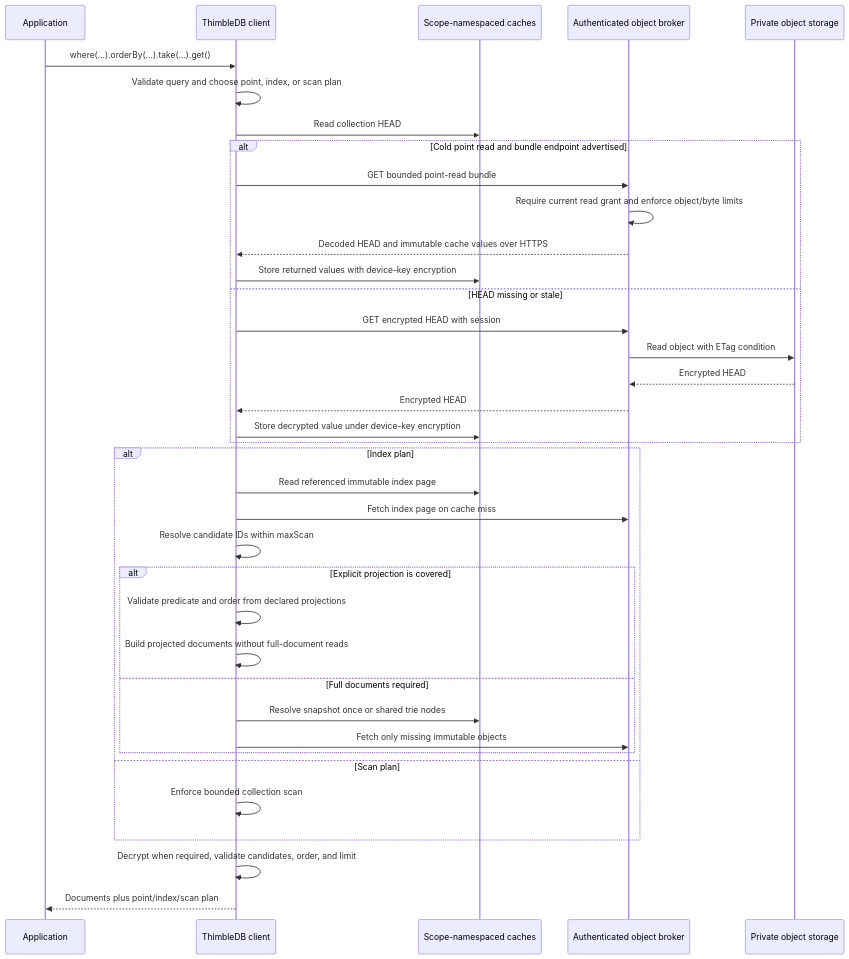
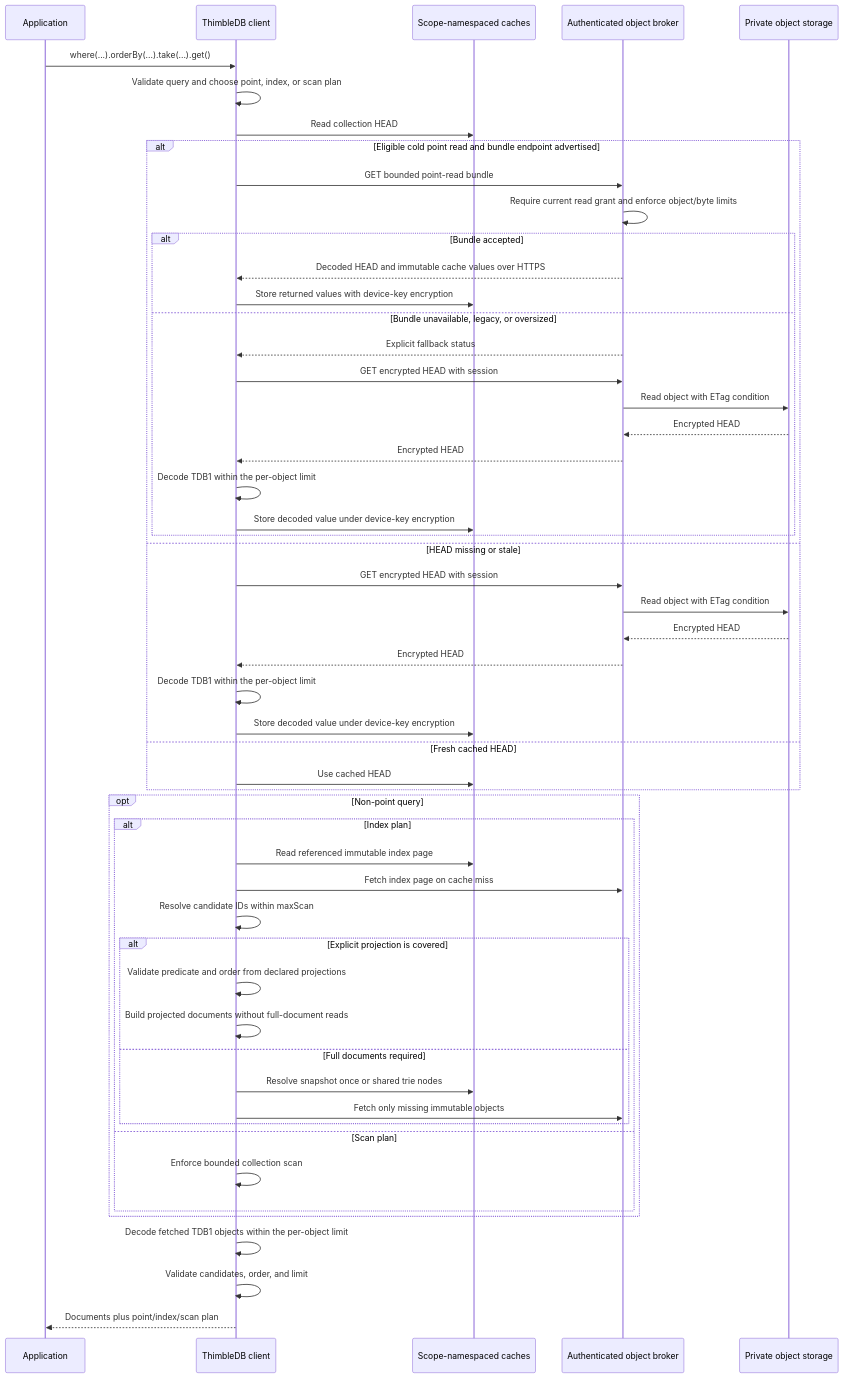
Before and after one commit to Jason-Doyle/thimble: the sixth of 16 diagrams in docs/DIAGRAMS.md, drawn with Mermaid. The commit also changed other lines of this file and 10 other files, not shown here.

First line of the commit message:
Correct system diagrams

````diff
--- a/docs/DIAGRAMS.md
+++ b/docs/DIAGRAMS.md
@@ -209,43 +212,59 @@
 ```mermaid
 sequenceDiagram
   participant App as Application
   participant Client as ThimbleDB client
   participant Cache as Scope-namespaced caches
   participant Broker as Authenticated object broker
   participant Store as Private object storage
 
   App->>Client: where(...).orderBy(...).take(...).get()
   Client->>Client: Validate query and choose point, index, or scan plan
   Client->>Cache: Read collection HEAD
 
-  alt Cold point read and bundle endpoint advertised
+  alt Eligible cold point read and bundle endpoint advertised
     Client->>Broker: GET bounded point-read bundle
     Broker->>Broker: Require current read grant and enforce object/byte limits
-    Broker-->>Client: Decoded HEAD and immutable cache values over HTTPS
-    Client->>Cache: Store returned values with device-key encryption
+    alt Bundle accepted
+      Broker-->>Client: Decoded HEAD and immutable cache values over HTTPS
+      Client->>Cache: Store returned values with device-key encryption
+    else Bundle unavailable, legacy, or oversized
+      Broker-->>Client: Explicit fallback status
+      Client->>Broker: GET encrypted HEAD with session
+      Broker->>Store: Read object with ETag condition
+      Store-->>Broker: Encrypted HEAD
+      Broker-->>Client: Encrypted HEAD
+      Client->>Client: Decode TDB1 within the per-object limit
+      Client->>Cache: Store decoded value under device-key encryption
+    end
   else HEAD missing or stale
     Client->>Broker: GET encrypted HEAD with session
     Broker->>Store: Read object with ETag condition
     Store-->>Broker: Encrypted HEAD
     Broker-->>Client: Encrypted HEAD
-    Client->>Cache: Store decrypted value under device-key encryption
+    Client->>Client: Decode TDB1 within the per-object limit
+    Client->>Cache: Store decoded value under device-key encryption
+  else Fresh cached HEAD
+    Client->>Cache: Use cached HEAD
   end
 
-  alt Index plan
-    Client->>Cache: Read referenced immutable index page
-    Client->>Broker: Fetch index page on cache miss
-    Client->>Client: Resolve candidate IDs within maxScan
-    alt Explicit projection is covered
-      Client->>Client: Validate predicate and order from declared projections
-      Client->>Client: Build projected documents without full-document reads
-    else Full documents required
-      Client->>Cache: Resolve snapshot once or shared trie nodes
-      Client->>Broker: Fetch only missing immutable objects
+  opt Non-point query
+    alt Index plan
+      Client->>Cache: Read referenced immutable index page
+      Client->>Broker: Fetch index page on cache miss
+      Client->>Client: Resolve candidate IDs within maxScan
+      alt Explicit projection is covered
+        Client->>Client: Validate predicate and order from declared projections
+        Client->>Client: Build projected documents without full-document reads
+      else Full documents required
+        Client->>Cache: Resolve snapshot once or shared trie nodes
+        Client->>Broker: Fetch only missing immutable objects
+      end
+    else Scan plan
+      Client->>Client: Enforce bounded collection scan
     end
-  else Scan plan
-    Client->>Client: Enforce bounded collection scan
   end
 
-  Client->>Client: Decrypt when required, validate candidates, order, and limit
+  Client->>Client: Decode fetched TDB1 objects within the per-object limit
+  Client->>Client: Validate candidates, order, and limit
   Client-->>App: Documents plus point/index/scan plan
 ```
````
